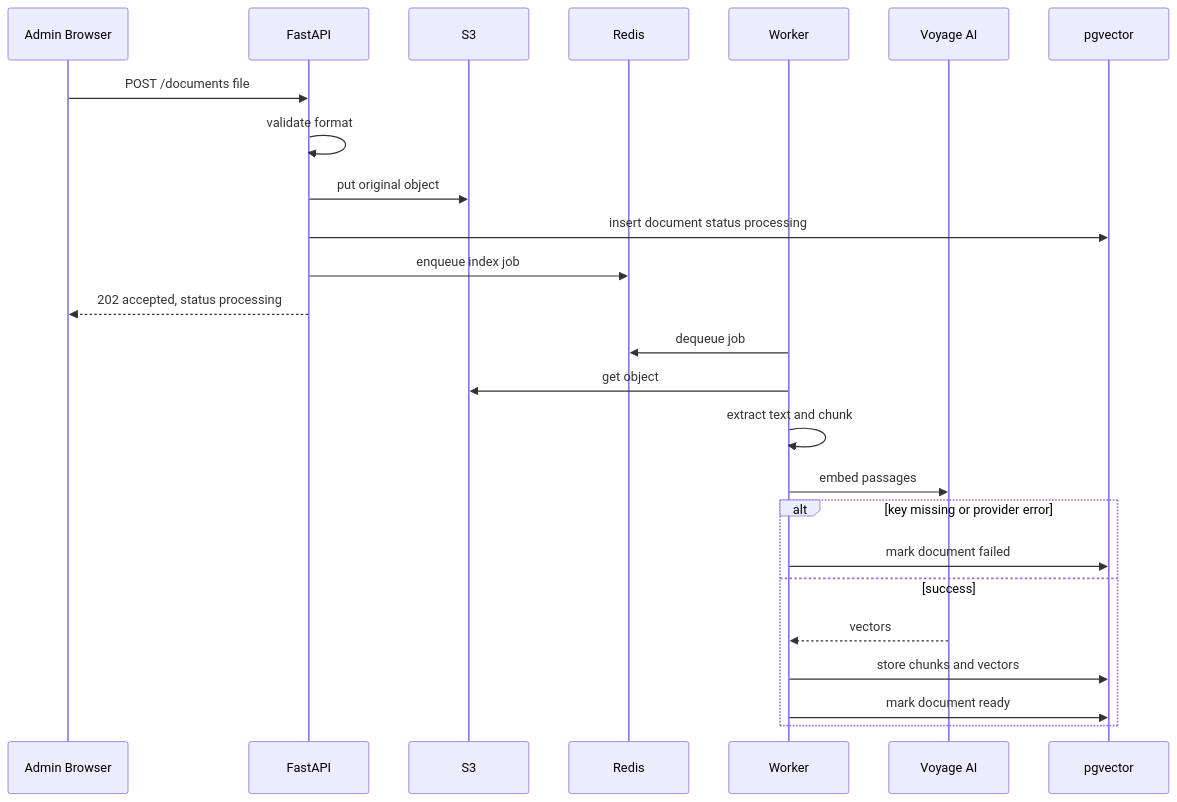
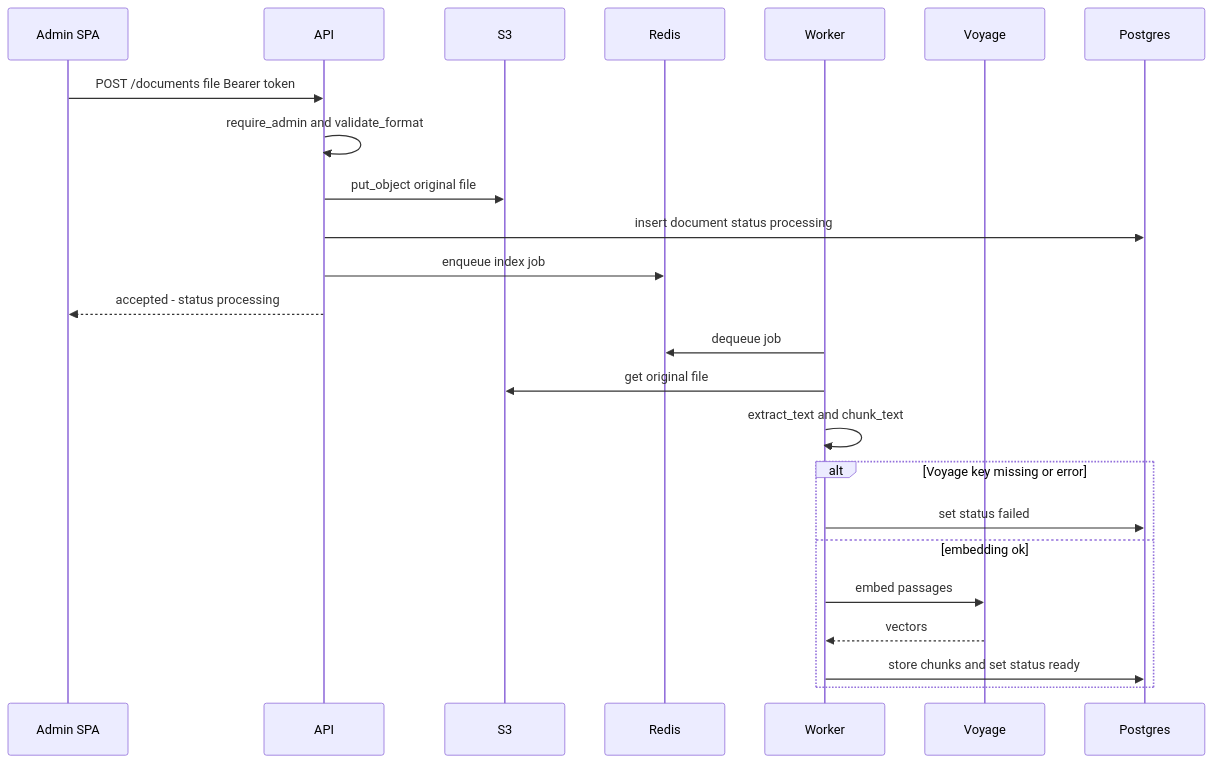
Before and after one commit to saitejaquorq/blogger: the third of 5 diagrams in docs/sdlc/architecture/README.md, drawn with Mermaid. The commit also changed other lines of this file and 15 other files, not shown here.

````diff
--- a/docs/sdlc/architecture/README.md
+++ b/docs/sdlc/architecture/README.md
@@ -248,27 +189,26 @@
 ```mermaid
 sequenceDiagram
-  participant Adm as Admin Browser
-  participant A as FastAPI
+  participant U as Admin SPA
+  participant A as API
   participant S as S3
   participant Q as Redis
   participant W as Worker
-  participant V as Voyage AI
-  participant D as pgvector
-  Adm->>A: POST /documents file
-  A->>A: validate format
-  A->>S: put original object
+  participant V as Voyage
+  participant D as Postgres
+  U->>A: POST /documents file Bearer token
+  A->>A: require_admin and validate_format
+  A->>S: put_object original file
   A->>D: insert document status processing
   A->>Q: enqueue index job
-  A-->>Adm: 202 accepted, status processing
+  A-->>U: accepted - status processing
   W->>Q: dequeue job
-  W->>S: get object
-  W->>W: extract text and chunk
-  W->>V: embed passages
-  alt key missing or provider error
-    W->>D: mark document failed
-  else success
+  W->>S: get original file
+  W->>W: extract_text and chunk_text
+  alt Voyage key missing or error
+    W->>D: set status failed
+  else embedding ok
+    W->>V: embed passages
     V-->>W: vectors
-    W->>D: store chunks and vectors
-    W->>D: mark document ready
+    W->>D: store chunks and set status ready
   end
 ```
````
